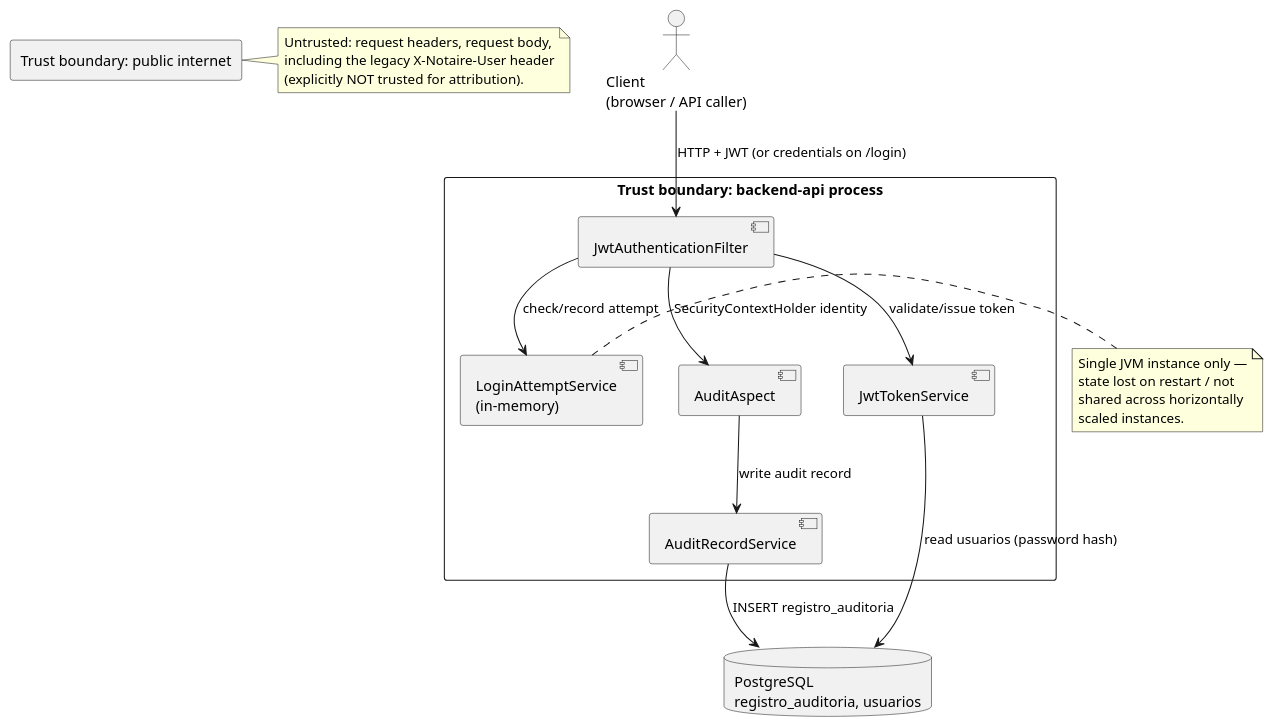
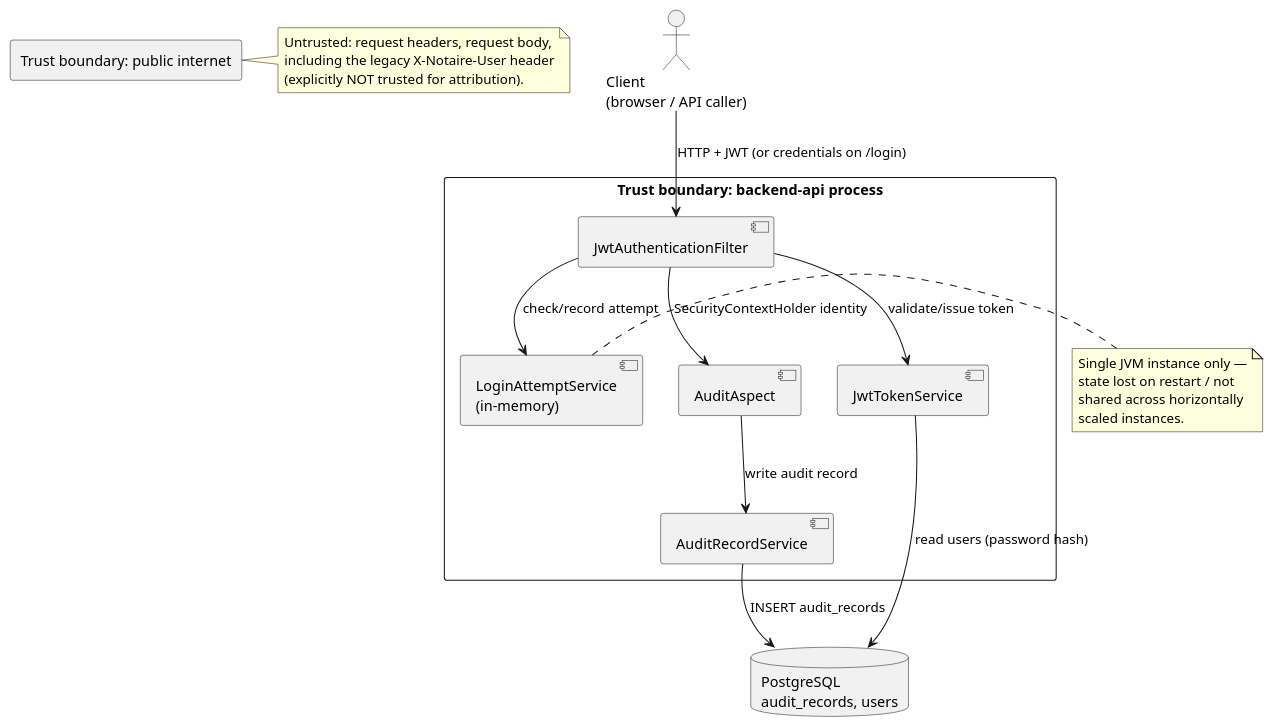
The diagram in docs/200-architecture/206-security/THREAT-MODEL-AUTH-AUDIT.md (matiaspakua/notaire), drawn with PlantUML before and after one commit. The commit also changed other lines of this file and 1430 other files, not shown here.

````diff
--- a/docs/200-architecture/206-security/THREAT-MODEL-AUTH-AUDIT.md
+++ b/docs/200-architecture/206-security/THREAT-MODEL-AUTH-AUDIT.md
@@ -19,36 +19,36 @@
 ```plantuml
 @startuml
 actor "Client\n(browser / API caller)" as Client
 rectangle "Trust boundary: public internet" as TB1 {
 }
 rectangle "Trust boundary: backend-api process" as TB2 {
   component "JwtAuthenticationFilter" as Filter
   component "LoginAttemptService\n(in-memory)" as LoginAttempt
   component "JwtTokenService" as JwtService
   component "AuditAspect" as AuditAspect
   component "AuditRecordService" as AuditService
 }
-database "PostgreSQL\nregistro_auditoria, usuarios" as DB
+database "PostgreSQL\naudit_records, users" as DB
 
 Client --> Filter : HTTP + JWT (or credentials on /login)
 Filter --> LoginAttempt : check/record attempt
 Filter --> JwtService : validate/issue token
 Filter --> AuditAspect : SecurityContextHolder identity
 AuditAspect --> AuditService : write audit record
-AuditService --> DB : INSERT registro_auditoria
-JwtService --> DB : read usuarios (password hash)
+AuditService --> DB : INSERT audit_records
+JwtService --> DB : read users (password hash)
 
 note right of TB1
   Untrusted: request headers, request body,
   including the legacy X-Notaire-User header
   (explicitly NOT trusted for attribution).
 end note
 
 note right of LoginAttempt
   Single JVM instance only —
   state lost on restart / not
   shared across horizontally
   scaled instances.
 end note
 @enduml
 ```
````
